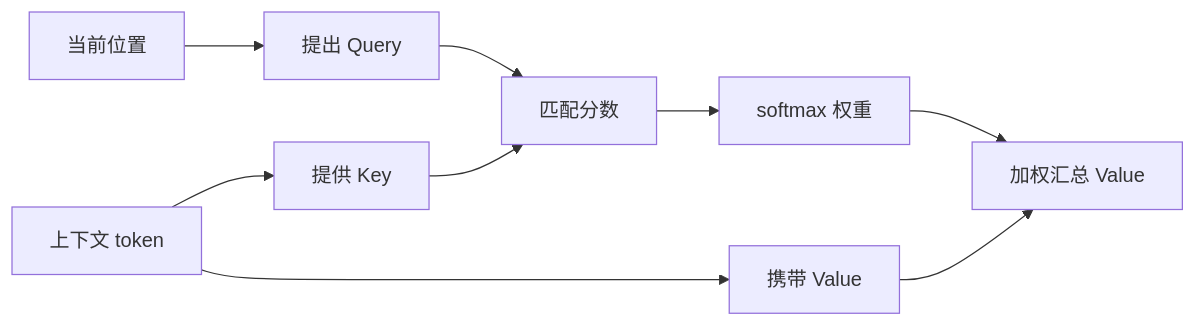
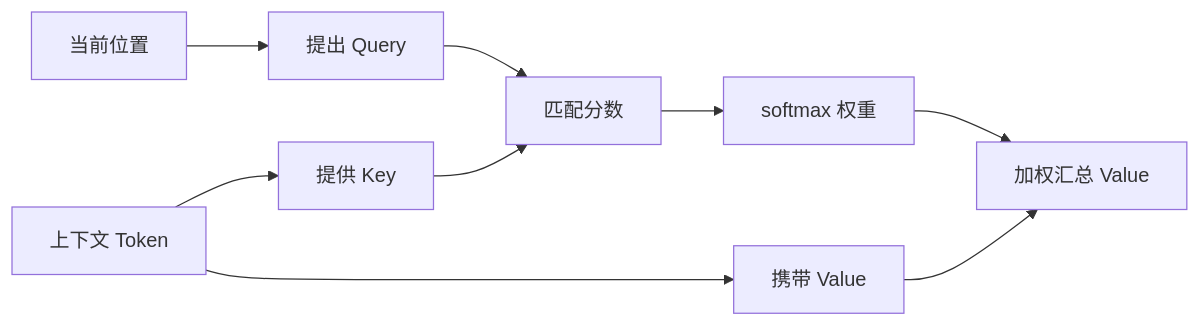
Before and after one commit to ImWenyaoT/website: the first of 2 diagrams in docs/model/neural-networks/attention.md, drawn with Mermaid. The commit also changed other lines of this file and 24 other files, not shown here.

Commit message:
feat: revamp Harness series with Claude Code & DeepSeek architectures, standardize AI terminology and clean config

````diff
--- a/docs/model/neural-networks/attention.md
+++ b/docs/model/neural-networks/attention.md
@@ -34,11 +31,11 @@
 ```mermaid
 flowchart LR
   Current["当前位置"] --> Query["提出 Query"]
-  Context["上下文 token"] --> Key["提供 Key"]
+  Context["上下文 Token"] --> Key["提供 Key"]
   Context --> Value["携带 Value"]
   Query --> Match["匹配分数"]
   Key --> Match
   Match --> Weights["softmax 权重"]
   Weights --> Mix["加权汇总 Value"]
   Value --> Mix
 ```
````
